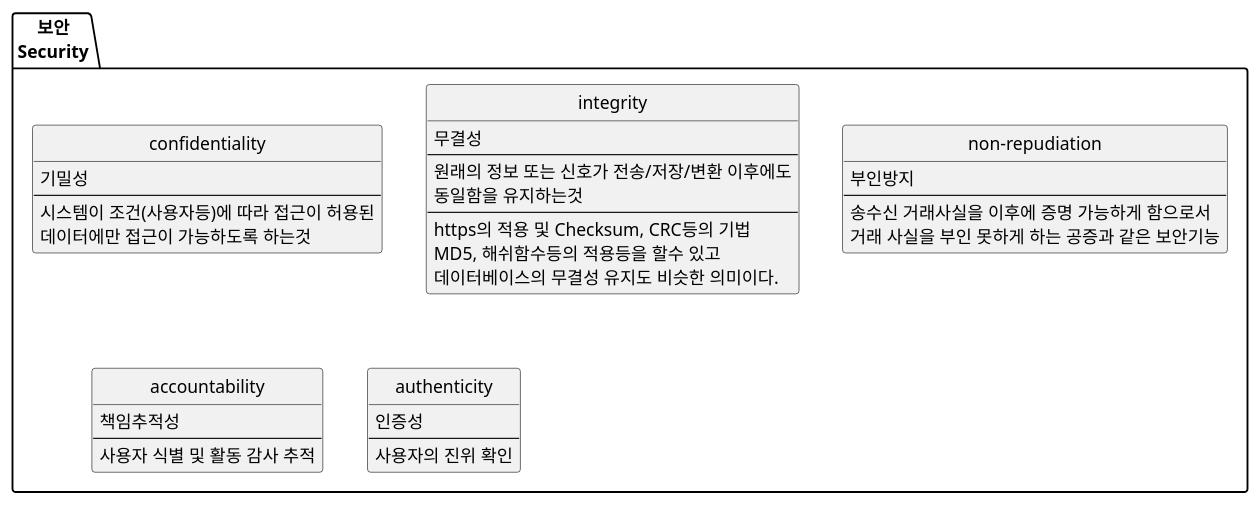
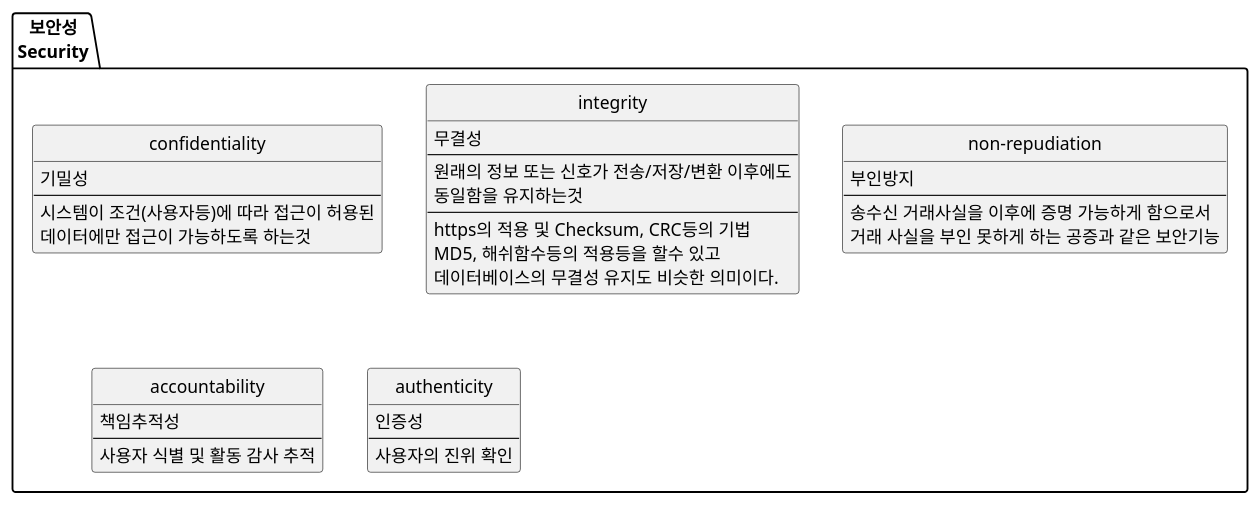
One commit to vomvoru/vomvoru.github.io changed the fifth of 7 diagrams in _drafts/2017/2017-05-19-how-to-write-beautiful-code.md. Above: the diagram before and after it, drawn with PlantUML. The commit also changed other lines of this file and 2 other files, not shown here.

````diff
--- a/_drafts/2017/2017-05-19-how-to-write-beautiful-code.md
+++ b/_drafts/2017/2017-05-19-how-to-write-beautiful-code.md
@@ -161,42 +160,42 @@
 ```plantuml
 @startuml
-package "보안\nSecurity" {
+package "보안성\nSecurity" {
     class "confidentiality"{
         기밀성
         --
         시스템이 조건(사용자등)에 따라 접근이 허용된
         데이터에만 접근이 가능하도록 하는것
     }
     class "integrity"{
         무결성
         --
         원래의 정보 또는 신호가 전송/저장/변환 이후에도
         동일함을 유지하는것
         --
         https의 적용 및 Checksum, CRC등의 기법
         MD5, 해쉬함수등의 적용등을 할수 있고
         데이터베이스의 무결성 유지도 비슷한 의미이다.
     }
     class "non-repudiation"{
         부인방지
         --
         송수신 거래사실을 이후에 증명 가능하게 함으로서
         거래 사실을 부인 못하게 하는 공증과 같은 보안기능
     }
     class "accountability"{
         책임추적성
         --
         사용자 식별 및 활동 감사 추적
     }
     class "authenticity"{
         인증성
         --
         사용자의 진위 확인
     }
 }
 
 hide empty fields
 hide empty methods
 hide circle
 @enduml
 ```
````
